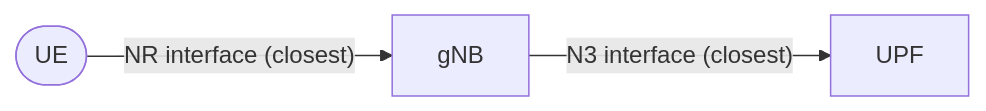
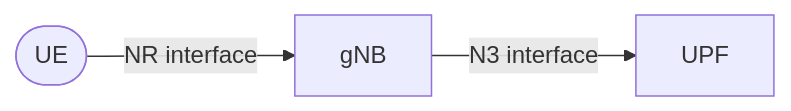
Before and after one commit to Fundacio-i2CAT/PLMN-GraphSim: the diagram in docs/index.md, drawn with Mermaid. The commit also changed other lines of this file and 7 other files, not shown here.

````diff
--- a/docs/index.md
+++ b/docs/index.md
@@ -17,5 +22,5 @@
 ```mermaid
 graph LR
-    UE([UE]) -- NR interface (closest) --> gNB[gNB]
-    gNB -- N3 interface (closest) --> UPF[UPF]
+    UE([UE]) -- NR interface --> gNB[gNB]
+    gNB -- N3 interface --> UPF[UPF]
 ```
````
